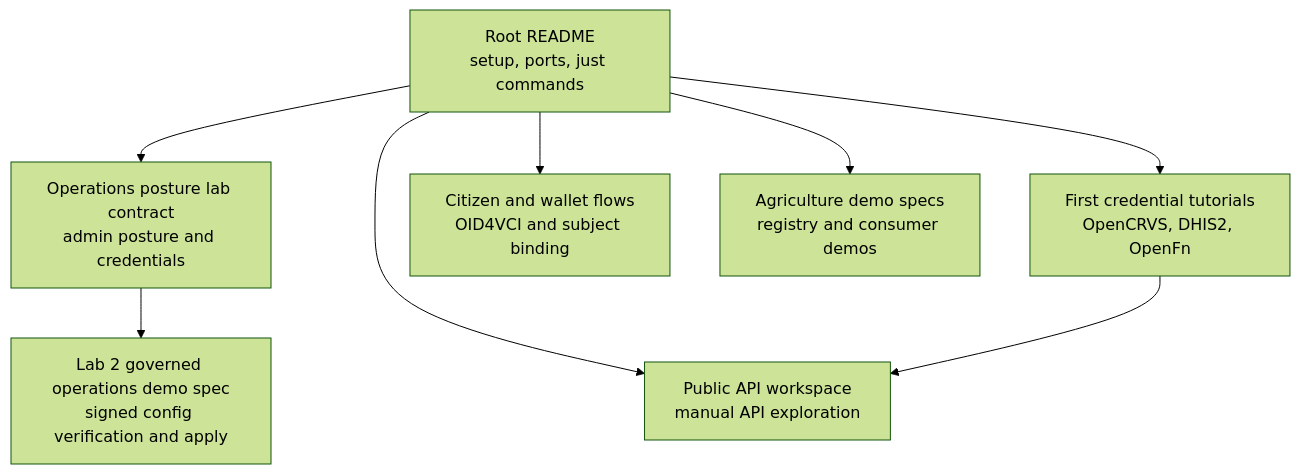
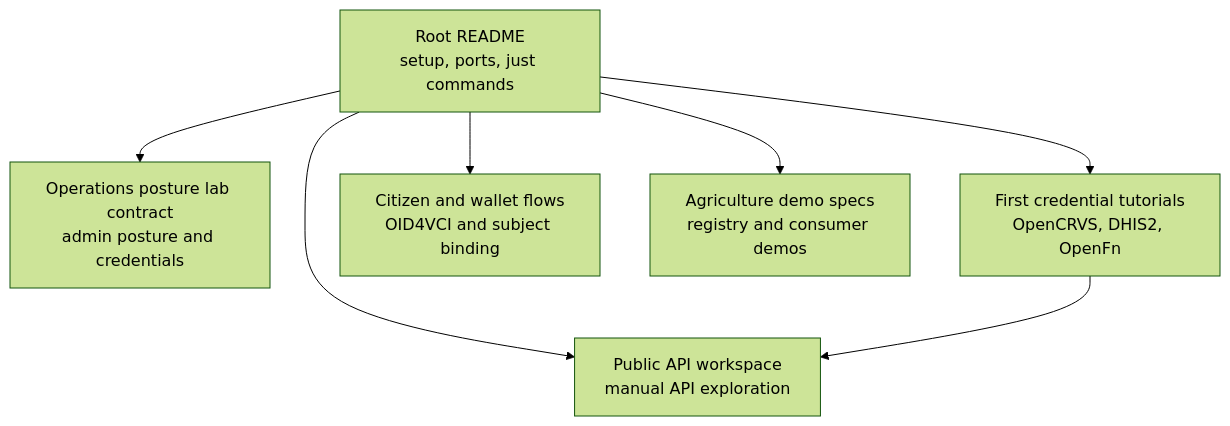
The diagram in lab/docs/README.md (registrystack/registry-stack), drawn with Mermaid (forest theme) before and after one commit. The commit also changed other lines of this file and 178 other files, not shown here.

````diff
--- a/lab/docs/README.md
+++ b/lab/docs/README.md
@@ -12,18 +12,16 @@
 ```mermaid
 flowchart TD
     Root["Root README<br/>setup, ports, just commands"]
     Ops["Operations posture lab contract<br/>admin posture and credentials"]
-    Lab2["Lab 2 governed operations demo spec<br/>signed config verification and apply"]
     Tutorials["First credential tutorials<br/>OpenCRVS, DHIS2, OpenFn"]
     Citizen["Citizen and wallet flows<br/>OID4VCI and subject binding"]
     Agri["Agriculture demo specs<br/>registry and consumer demos"]
     API["Public API workspace<br/>manual API exploration"]
 
     Root --> Ops
     Root --> Tutorials
     Root --> Citizen
     Root --> Agri
     Root --> API
-    Ops --> Lab2
     Tutorials --> API
 ```
````
